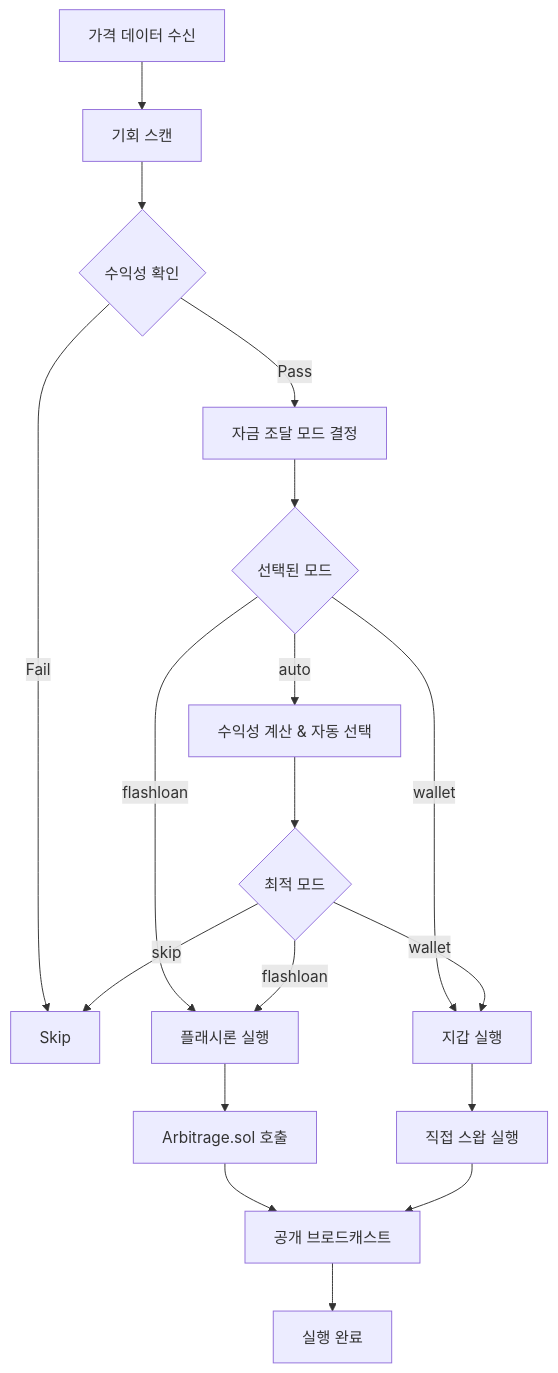
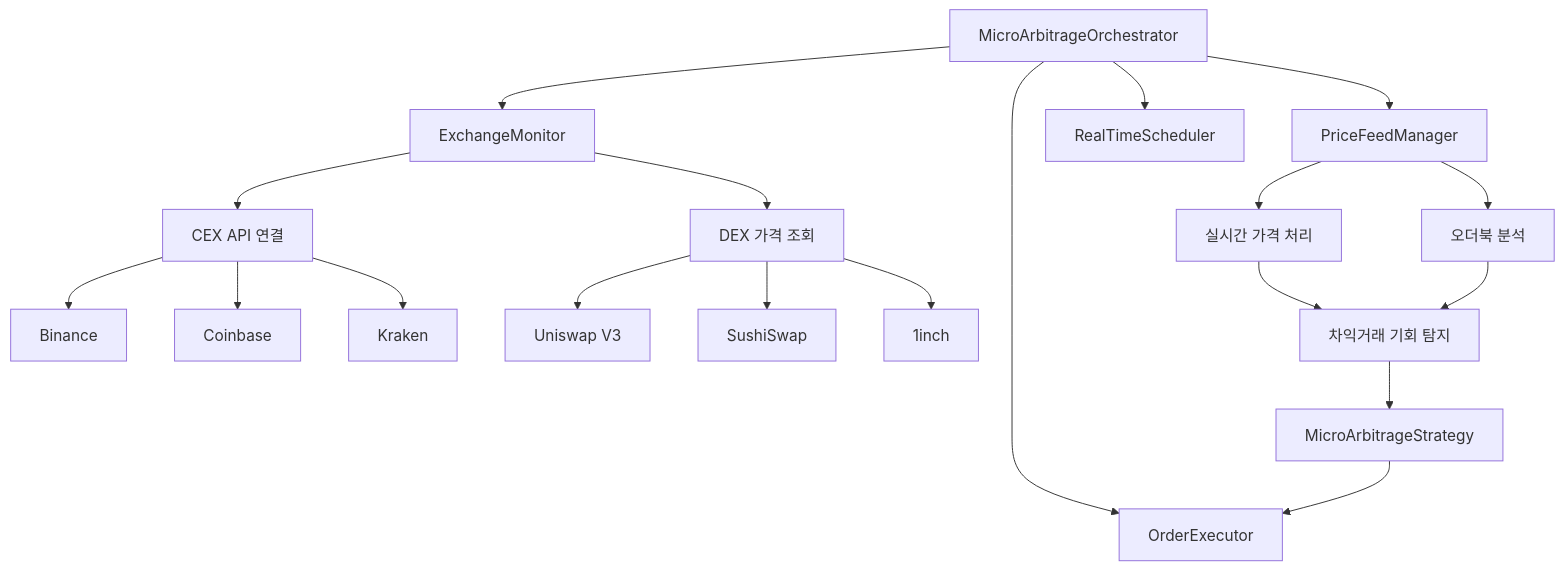
The third of 4 diagrams in docs/strategy-arbitrage.md (blockbit-hama/xCrack), drawn with Mermaid before and after one commit. The commit also changed other lines of this file and 62 other files, not shown here.

````diff
--- a/docs/strategy-arbitrage.md
+++ b/docs/strategy-arbitrage.md
@@ -116,24 +116,24 @@
 ```mermaid
 graph TD
-    A[가격 데이터 수신] --> B[기회 스캔]
-    B --> C{수익성 확인}
-    C -->|Pass| D[자금 조달 모드 결정]
-    C -->|Fail| X[Skip]
-    
-    D --> E{선택된 모드}
-    E -->|auto| F[수익성 계산 & 자동 선택]
-    E -->|flashloan| G[플래시론 실행]
-    E -->|wallet| H[지갑 실행]
-    
-    F --> I{최적 모드}
-    I -->|flashloan| G
-    I -->|wallet| H
-    I -->|skip| X
-    
-    G --> J[Arbitrage.sol 호출]
-    H --> K[직접 스왑 실행]
-    
-    J --> L[공개 브로드캐스트]
-    K --> L
-    L --> M[실행 완료]
+    A[MicroArbitrageOrchestrator] --> B[ExchangeMonitor]
+    A --> C[PriceFeedManager]
+    A --> D[OrderExecutor]
+    A --> E[RealTimeScheduler]
+
+    B --> F[CEX API 연결]
+    B --> G[DEX 가격 조회]
+    F --> H[Binance]
+    F --> I[Coinbase]
+    F --> J[Kraken]
+    G --> K[Uniswap V3]
+    G --> L[SushiSwap]
+    G --> M[1inch]
+
+    C --> N[실시간 가격 처리]
+    C --> O[오더북 분석]
+    N --> P[차익거래 기회 탐지]
+    O --> P
+
+    P --> Q[MicroArbitrageStrategy]
+    Q --> D
 ```
````
